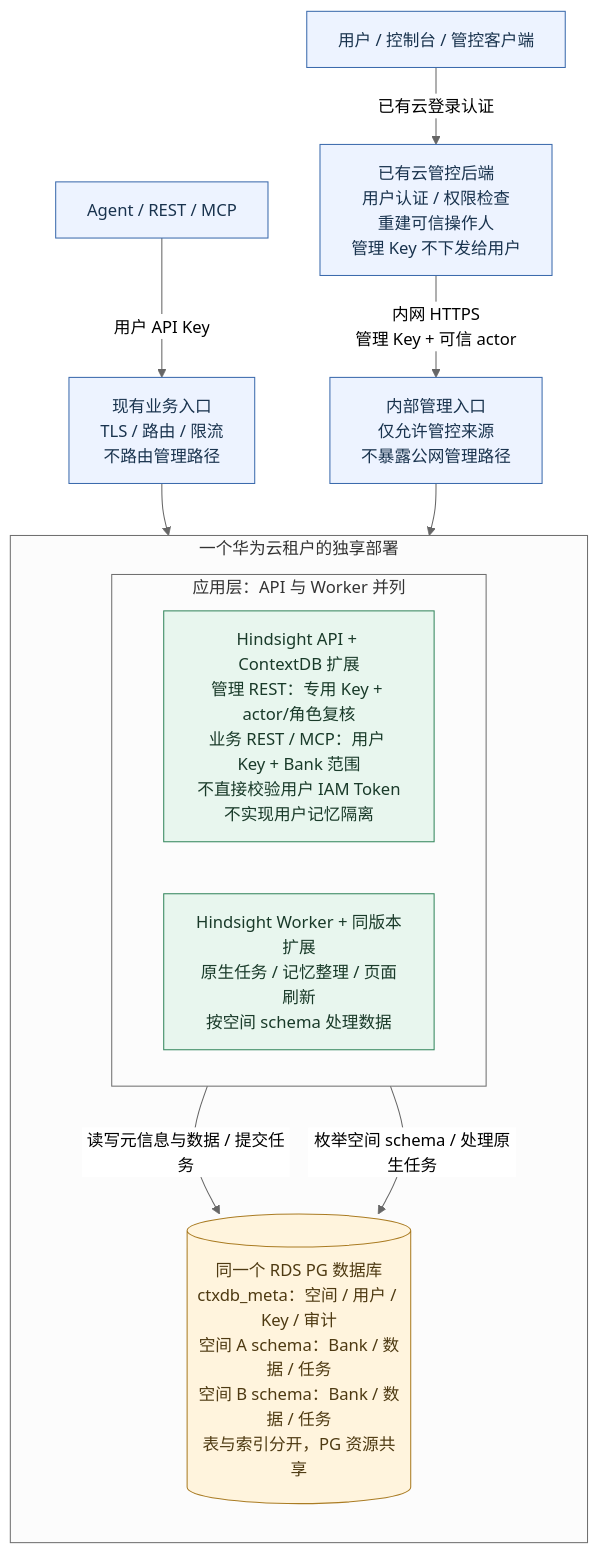
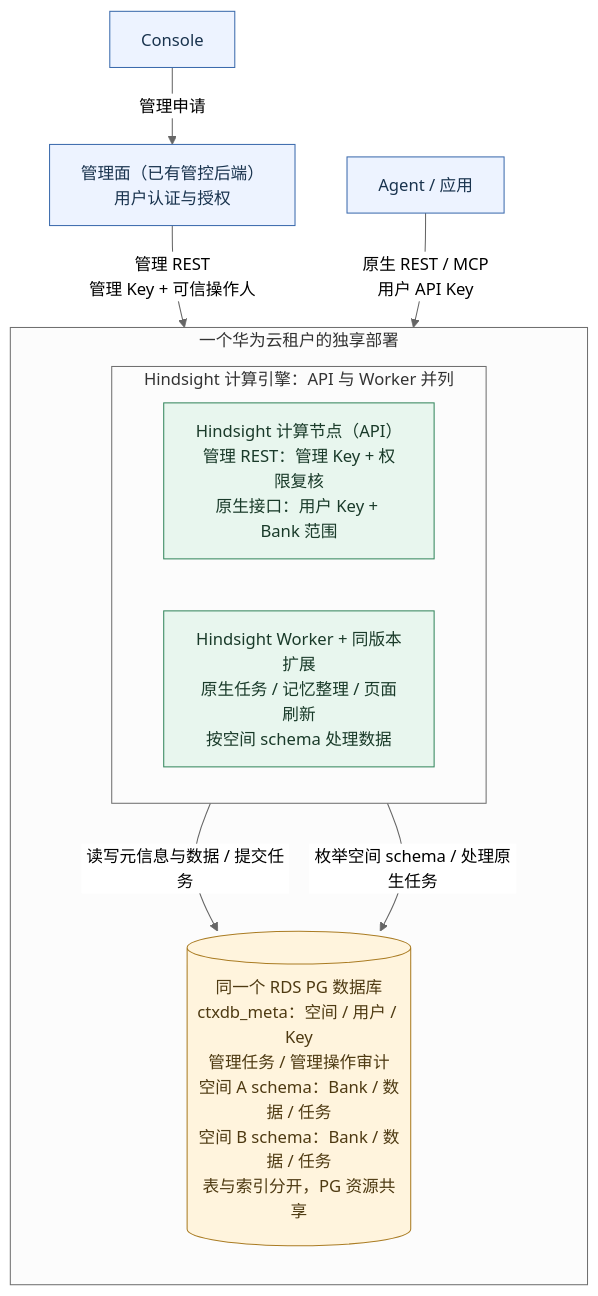
One commit to ZhuQingping/ContextDB-Research changed the diagram in hindsight/diagrams/contextdb-service-architecture.mmd. Above: the diagram before and after it, drawn with Mermaid (neutral theme). The commit also changed 22 other files, not shown here.

```diff
--- a/hindsight/diagrams/contextdb-service-architecture.mmd
+++ b/hindsight/diagrams/contextdb-service-architecture.mmd
@@ -1,23 +1,22 @@
 flowchart TB
-    Console["用户 / 控制台 / 管控客户端"] -- "已有云登录认证" --> Control["已有云管控后端<br/>用户认证 / 权限检查<br/>重建可信操作人<br/>管理 Key 不下发给用户"]
-    Control -- "内网 HTTPS<br/>管理 Key + 可信 actor" --> Internal["内部管理入口<br/>仅允许管控来源<br/>不暴露公网管理路径"]
-    Agent["Agent / REST / MCP"] -- "用户 API Key" --> Entry["现有业务入口<br/>TLS / 路由 / 限流<br/>不路由管理路径"]
+    Console["Console"] -- "管理申请" --> Control["管理面（已有管控后端）<br/>用户认证与授权"]
+    Agent["Agent / 应用"]
     subgraph Tenant["一个华为云租户的独享部署"]
         direction TB
-        subgraph App["应用层：API 与 Worker 并列"]
+        subgraph App["Hindsight 计算引擎：API 与 Worker 并列"]
             direction LR
-            API["Hindsight API + ContextDB 扩展<br/>管理 REST：专用 Key + actor/角色复核<br/>业务 REST / MCP：用户 Key + Bank 范围<br/>不直接校验用户 IAM Token<br/>不实现用户记忆隔离"]
+            API["Hindsight 计算节点（API）<br/>管理 REST：管理 Key + 权限复核<br/>原生接口：用户 Key + Bank 范围"]
             Worker["Hindsight Worker + 同版本扩展<br/>原生任务 / 记忆整理 / 页面刷新<br/>按空间 schema 处理数据"]
         end
-        PG[("同一个 RDS PG 数据库<br/>ctxdb_meta：空间 / 用户 / Key / 审计<br/>空间 A schema：Bank / 数据 / 任务<br/>空间 B schema：Bank / 数据 / 任务<br/>表与索引分开，PG 资源共享")]
+        PG[("同一个 RDS PG 数据库<br/>ctxdb_meta：空间 / 用户 / Key<br/>管理任务 / 管理操作审计<br/>空间 A schema：Bank / 数据 / 任务<br/>空间 B schema：Bank / 数据 / 任务<br/>表与索引分开，PG 资源共享")]
         API -- "读写元信息与数据 / 提交任务" --> PG
         Worker -- "枚举空间 schema / 处理原生任务" --> PG
     end
-    Entry --> API
-    Internal --> API
+    Control -- "管理 REST<br/>管理 Key + 可信操作人" --> API
+    Agent -- "原生 REST / MCP<br/>用户 API Key" --> API
     classDef entry fill:#edf3ff,stroke:#3c6bad,color:#19334e
     classDef app fill:#e8f6ee,stroke:#35875e,color:#193a29
     classDef storage fill:#fff4dd,stroke:#aa7c23,color:#4e3a12
-    class Console,Control,Internal,Agent,Entry entry
+    class Console,Control,Agent entry
     class API,Worker app
     class PG storage
```
